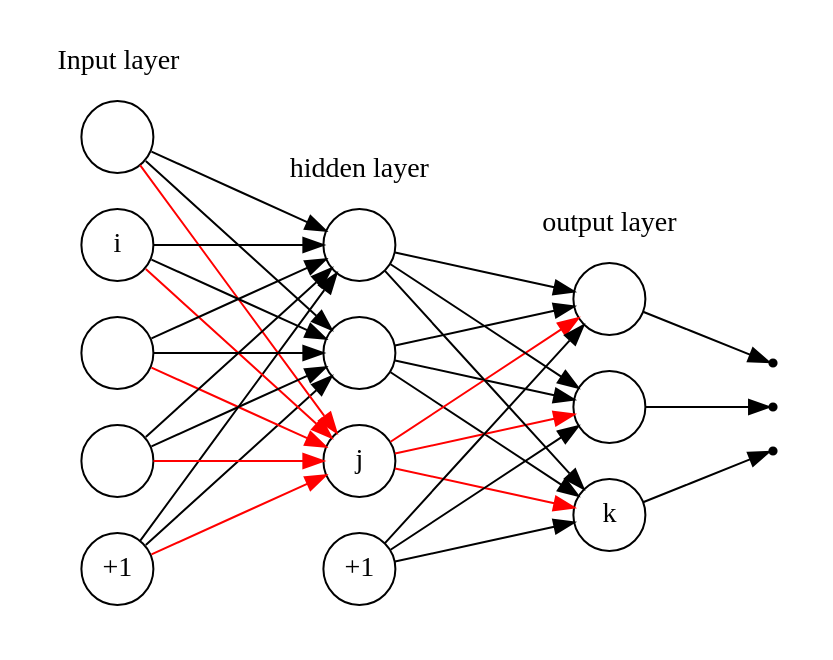
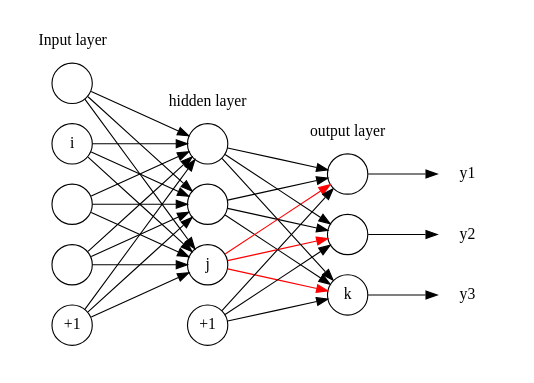
Before and after one commit to nzw0301/nzw0301.github.io: the diagram in images/nn2.dot, drawn with Graphviz. The commit also changed 12 other files, not shown here.

Commit message:
11-03に図を追加した

```diff
--- a/images/nn2.dot
+++ b/images/nn2.dot
@@ -1,60 +1,60 @@
 digraph G {
+  graph [size="3.5"]
   ordering="out";
         rankdir=LR
 	splines=line
         
         node [fixedsize=true];
 
         subgraph cluster_0 {
 		color=white;
 		node [style=solid, shape=circle];
 		b1 x1 x2 x3 x4 ;
 		label = "Input layer";
 	}
 
 	subgraph cluster_1 {
 		color=white;
 		node [style=solid, shape=circle];
 		a b c b2;
 		label = "hidden layer";
 	}
 
 	subgraph cluster_2 {
 		color=white;
 		node [style=solid, shape=circle];
 		o0 o1 o2;
 		label="output layer";
 	}
 
 	subgraph cluster_3 {
 		color=white;
-		node [shape=point];
+		node [shape=none];
 		u,v,w;
 	}
 
-        
+        u [label="y2"];
+        v [label="y3"];
+        w [label="y1"];        
         b1, b2 [label="+1"];
         o0,o2,a,c [label=""]
         b [label="j"]
         o1 [label="k"]
         x1,x3,x4 [label=""]
         x2 [label="i"]
         b -> o0,o1,o2 [color = red];
         
         a,c,b2 -> o0,o1,o2;
         o0 -> u;
         o2 -> w;
         
         o1 -> v;
         
-        
-        
-            
         x1 -> a,c;
         x2 -> a,c;
-        x1,x2,x3,x4,b1 -> b [color = red];
+        x1,x2,x3,x4,b1 -> b;
         x3 -> a,c;
         x4 -> a,c;
         b1 -> a,c;
         
 }
```
